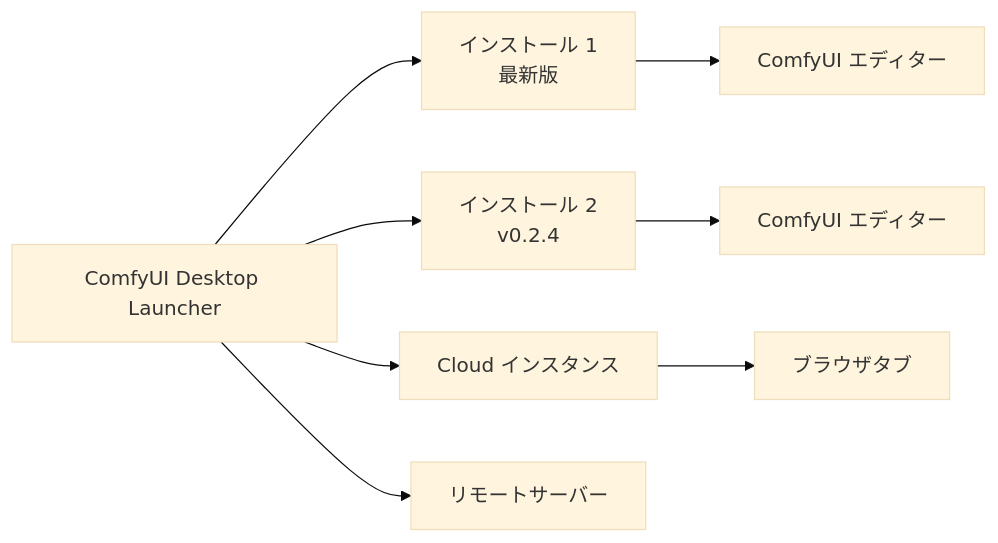
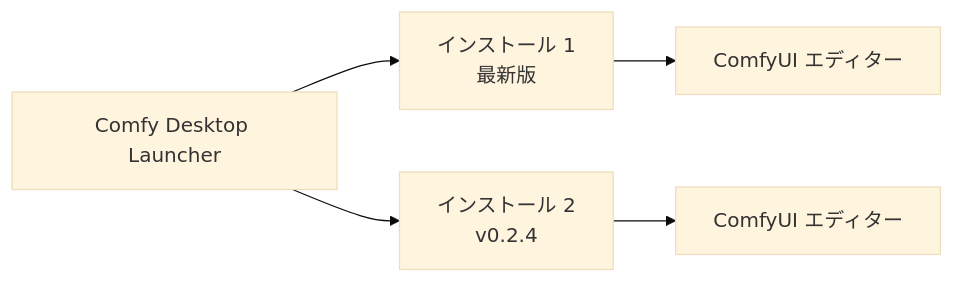
The diagram in ja/installation/desktop/overview.mdx (Comfy-Org/docs), drawn with Mermaid (base theme) before and after one commit. The commit also changed other lines of this file and 20 other files, not shown here.

Commit message:
Align Desktop docs with actual repo: fix brand name (ComfyUI Desktop → Comfy Desktop), download link, data paths, feature cards, GPU reqs; remove non-existent features (model downloads, cloud/remote installs)

````diff
--- a/ja/installation/desktop/overview.mdx
+++ b/ja/installation/desktop/overview.mdx
@@ -40,10 +42,7 @@
 ```mermaid
 flowchart LR
-    A[ComfyUI Desktop Launcher] --> B[インストール 1<br/>最新版]
+    A[Comfy Desktop Launcher] --> B[インストール 1<br/>最新版]
     A --> C[インストール 2<br/>v0.2.4]
-    A --> D[Cloud インスタンス]
-    A --> E[リモートサーバー]
     B --> F[ComfyUI エディター]
     C --> G[ComfyUI エディター]
-    D --> H[ブラウザタブ]
 ```
````
